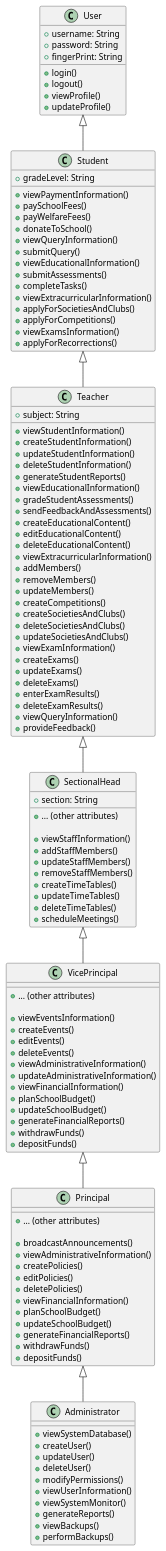
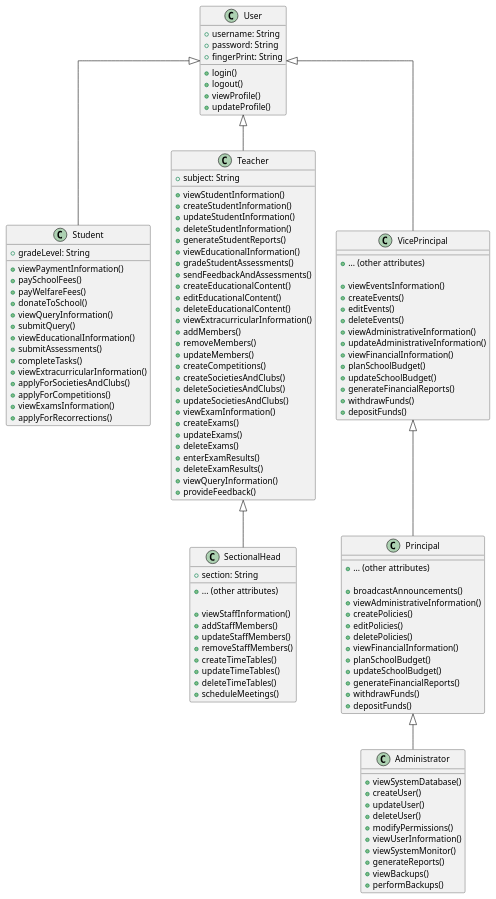
One commit to AdithyaSean/School-Management-System changed the diagram in School Management System Class Diagram.puml. Above: the diagram before and after it, drawn with PlantUML. The commit also changed 2 other files, not shown here.

Commit message:
modified:   Existing System Use Case Diagram.puml 	modified:   School Management System Class Diagram.puml 	modified:   School Management System Use Case Diagram.puml

```diff
--- a/School Management System Class Diagram.puml
+++ b/School Management System Class Diagram.puml
@@ -1,126 +1,126 @@
 @startuml School Management System
 skinparam linetype ortho
 
 class User {
   + username: String
   + password: String
   + fingerPrint: String
 
   + login()
   + logout()
   + viewProfile()
   + updateProfile()
 }
 
 class Student extends User {
   + gradeLevel: String
 
   + viewPaymentInformation()
   + paySchoolFees()
   + payWelfareFees()
   + donateToSchool()
   + viewQueryInformation()
   + submitQuery()
   + viewEducationalInformation()
   + submitAssessments()
   + completeTasks()
   + viewExtracurricularInformation()
   + applyForSocietiesAndClubs()
   + applyForCompetitions()
   + viewExamsInformation()
   + applyForRecorrections()
 }
 
-class Teacher extends Student {
+class Teacher extends User {
   + subject: String
 
   + viewStudentInformation()
   + createStudentInformation()
   + updateStudentInformation()
   + deleteStudentInformation()
   + generateStudentReports()
   + viewEducationalInformation()
   + gradeStudentAssessments()
   + sendFeedbackAndAssessments()
   + createEducationalContent()
   + editEducationalContent()
   + deleteEducationalContent()
   + viewExtracurricularInformation()
   + addMembers()
   + removeMembers()
   + updateMembers()
   + createCompetitions()
   + createSocietiesAndClubs()
   + deleteSocietiesAndClubs()
   + updateSocietiesAndClubs()
   + viewExamInformation()
   + createExams()
   + updateExams()
   + deleteExams()
   + enterExamResults()
   + deleteExamResults()
   + viewQueryInformation()
   + provideFeedback()
 }
 
 class SectionalHead extends Teacher {
   + section: String
   + ... (other attributes)
 
   + viewStaffInformation()
   + addStaffMembers()
   + updateStaffMembers()
   + removeStaffMembers()
   + createTimeTables()
   + updateTimeTables()
   + deleteTimeTables()
   + scheduleMeetings()
 }
 
-class VicePrincipal extends SectionalHead {
+class VicePrincipal extends User {
   + ... (other attributes)
 
   + viewEventsInformation()
   + createEvents()
   + editEvents()
   + deleteEvents()
   + viewAdministrativeInformation()
   + updateAdministrativeInformation()
   + viewFinancialInformation()
   + planSchoolBudget()
   + updateSchoolBudget()
   + generateFinancialReports()
   + withdrawFunds()
   + depositFunds()
 }
 
 class Principal extends VicePrincipal {
   + ... (other attributes)
 
   + broadcastAnnouncements()
   + viewAdministrativeInformation()
   + createPolicies()
   + editPolicies()
   + deletePolicies()
   + viewFinancialInformation()
   + planSchoolBudget()
   + updateSchoolBudget()
   + generateFinancialReports()
   + withdrawFunds()
   + depositFunds()
 }
 
 class Administrator extends Principal {
   + viewSystemDatabase()
   + createUser()
   + updateUser()
   + deleteUser()
   + modifyPermissions()
   + viewUserInformation()
   + viewSystemMonitor()
   + generateReports()
   + viewBackups()
   + performBackups()
 }
 
 @enduml
```
